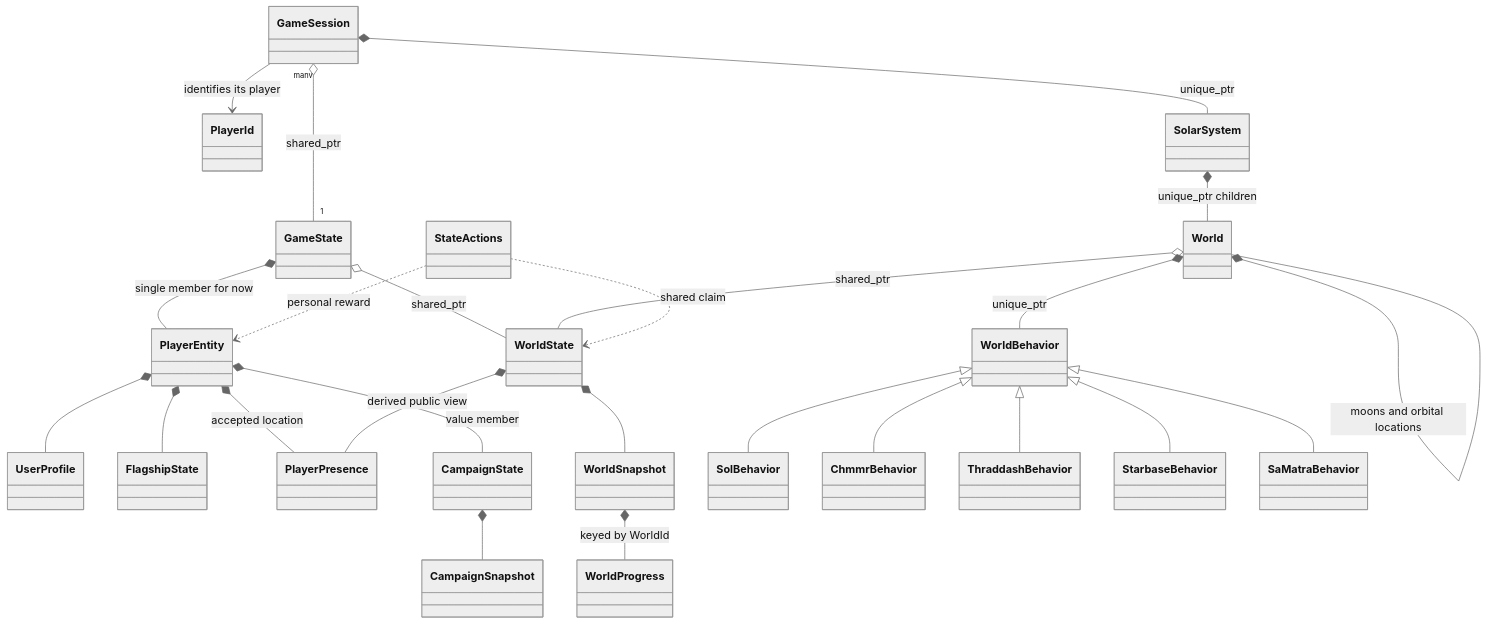
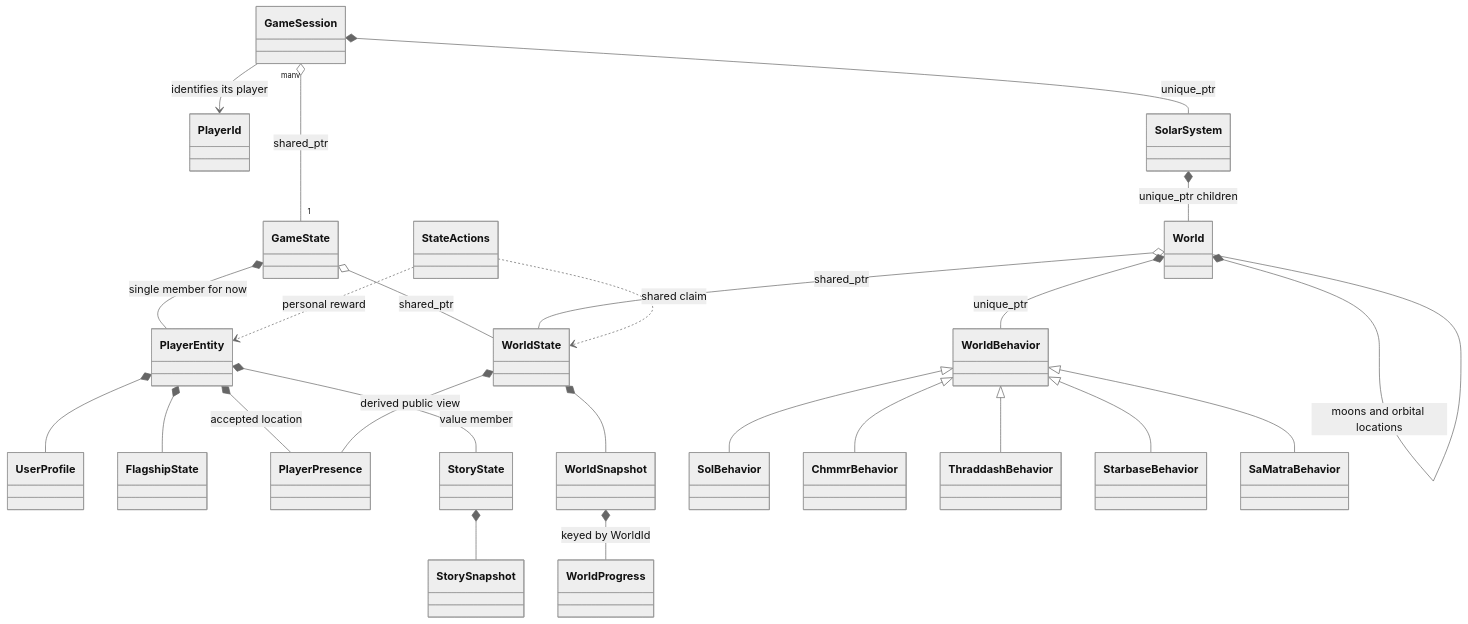
Before and after one commit to yost-jacob/uqm-cpp17: the diagram in docs/design/solar-system/README.md, drawn with Mermaid (neutral theme). The commit also changed other lines of this file and 84 other files, not shown here.

Commit message:
Rename personal CampaignState to StoryState throughout native code

````diff
--- a/docs/design/solar-system/README.md
+++ b/docs/design/solar-system/README.md
@@ -44,27 +44,27 @@
 ```mermaid
 classDiagram
     GameSession "many" o-- "1" GameState : shared_ptr
     GameSession --> PlayerId : identifies its player
     GameState *-- PlayerEntity : single member for now
     GameState o-- WorldState : shared_ptr
     PlayerEntity *-- UserProfile
     PlayerEntity *-- FlagshipState
     PlayerEntity *-- PlayerPresence : accepted location
-    PlayerEntity *-- CampaignState : value member
-    CampaignState *-- CampaignSnapshot
+    PlayerEntity *-- StoryState : value member
+    StoryState *-- StorySnapshot
     WorldState *-- WorldSnapshot
     WorldSnapshot *-- WorldProgress : keyed by WorldId
     WorldState *-- PlayerPresence : derived public view
     World o-- WorldState : shared_ptr
     GameSession *-- SolarSystem : unique_ptr
     SolarSystem *-- World : unique_ptr children
     World *-- World : moons and orbital locations
     World *-- WorldBehavior : unique_ptr
     StateActions ..> PlayerEntity : personal reward
     StateActions ..> WorldState : shared claim
     WorldBehavior <|-- SolBehavior
     WorldBehavior <|-- ChmmrBehavior
     WorldBehavior <|-- ThraddashBehavior
     WorldBehavior <|-- StarbaseBehavior
     WorldBehavior <|-- SaMatraBehavior
 ```
````
